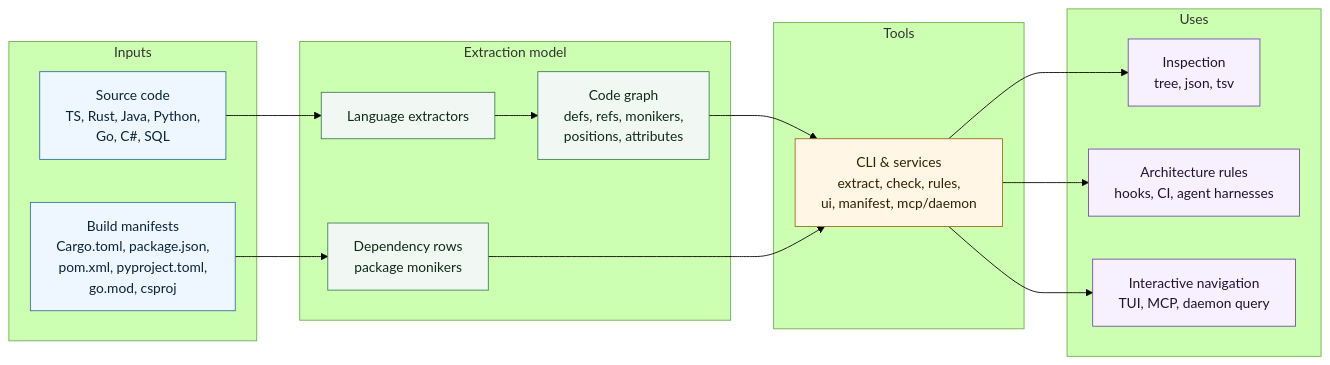
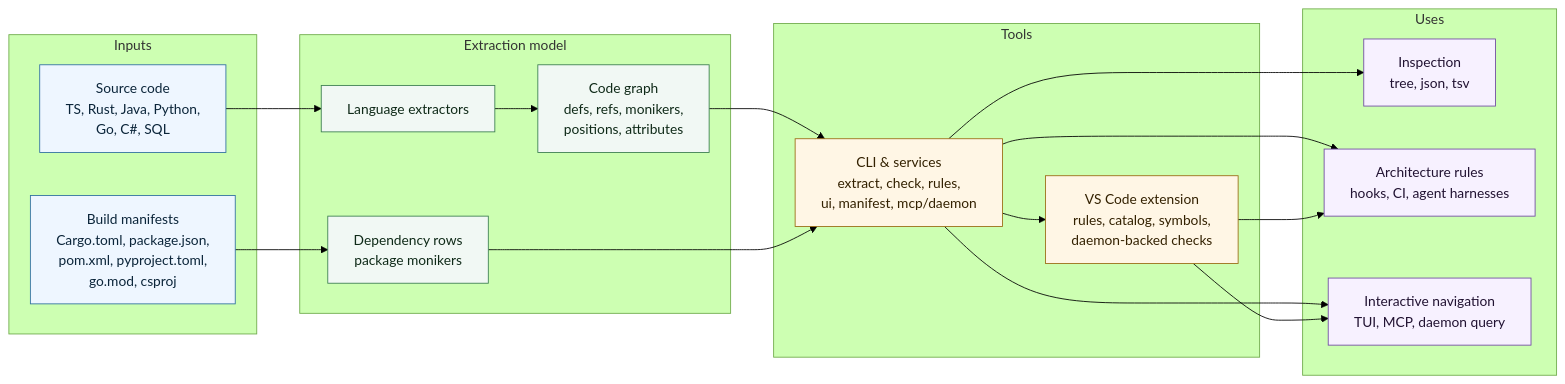
Before and after one commit to ng-galien/code-moniker: the diagram in README.md, drawn with Mermaid (forest theme). The commit also changed other lines of this file and 7 other files, not shown here.

````diff
--- a/README.md
+++ b/README.md
@@ -40,40 +40,44 @@
 ```mermaid
 flowchart LR
   subgraph Input["Inputs"]
     S["Source code<br/>TS, Rust, Java, Python,<br/>Go, C#, SQL"]
     M["Build manifests<br/>Cargo.toml, package.json,<br/>pom.xml, pyproject.toml,<br/>go.mod, csproj"]
   end
 
   subgraph Model["Extraction model"]
     E["Language extractors"]
     G["Code graph<br/>defs, refs, monikers,<br/>positions, attributes"]
     D["Dependency rows<br/>package monikers"]
   end
 
   subgraph Tools["Tools"]
     C["CLI & services<br/>extract, check, rules,<br/>ui, manifest, mcp/daemon"]
+    V["VS Code extension<br/>rules, catalog, symbols,<br/>daemon-backed checks"]
   end
 
   subgraph Uses["Uses"]
     I["Inspection<br/>tree, json, tsv"]
     R["Architecture rules<br/>hooks, CI, agent harnesses"]
     N["Interactive navigation<br/>TUI, MCP, daemon query"]
   end
 
   S --> E --> G
   M --> D
   G --> C
   D --> C
+  C --> V
   C --> I
   C --> R
   C --> N
+  V --> R
+  V --> N
 
   classDef input fill:#eef6ff,stroke:#2f6f9f,color:#0b253a
   classDef model fill:#f1f8f4,stroke:#3a7d4f,color:#0f2a18
   classDef tool fill:#fff6e5,stroke:#9a6b12,color:#332100
   classDef use fill:#f7f1ff,stroke:#6f4aa1,color:#211232
   class S,M input
   class E,G,D model
-  class C tool
+  class C,V tool
   class I,R,N use
 ```
````
